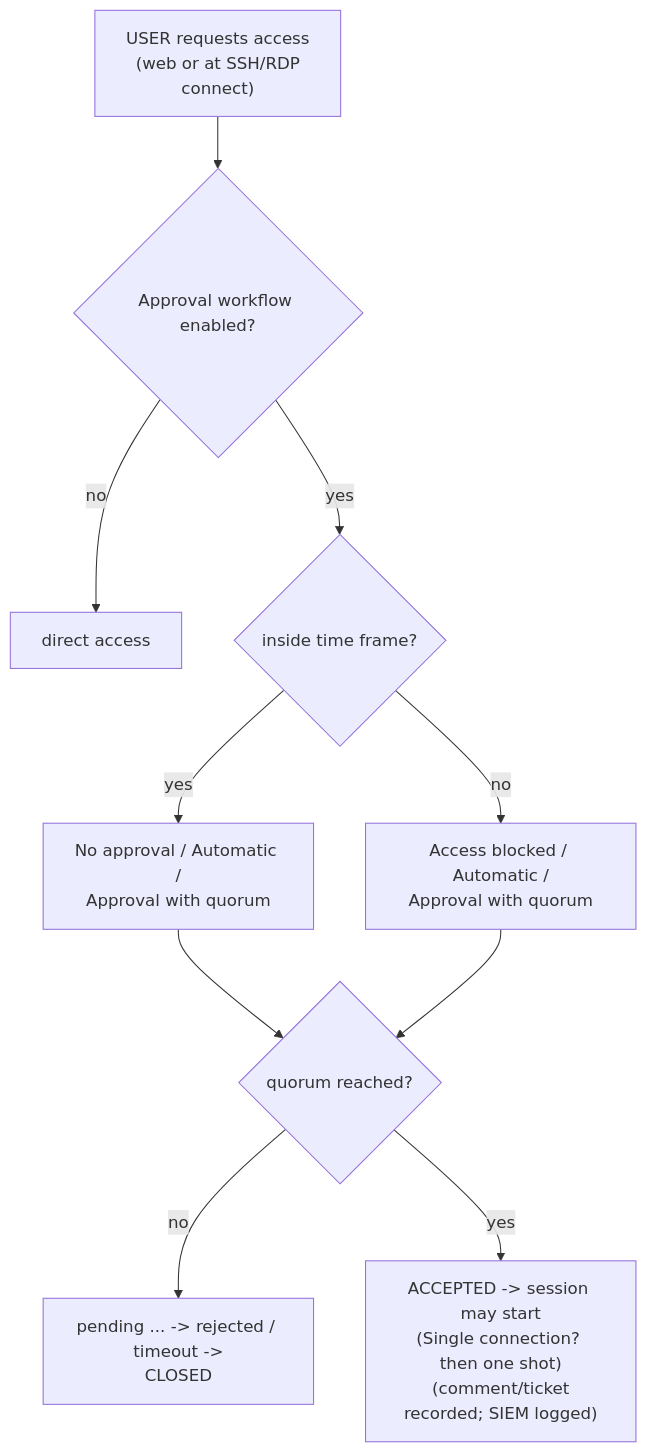
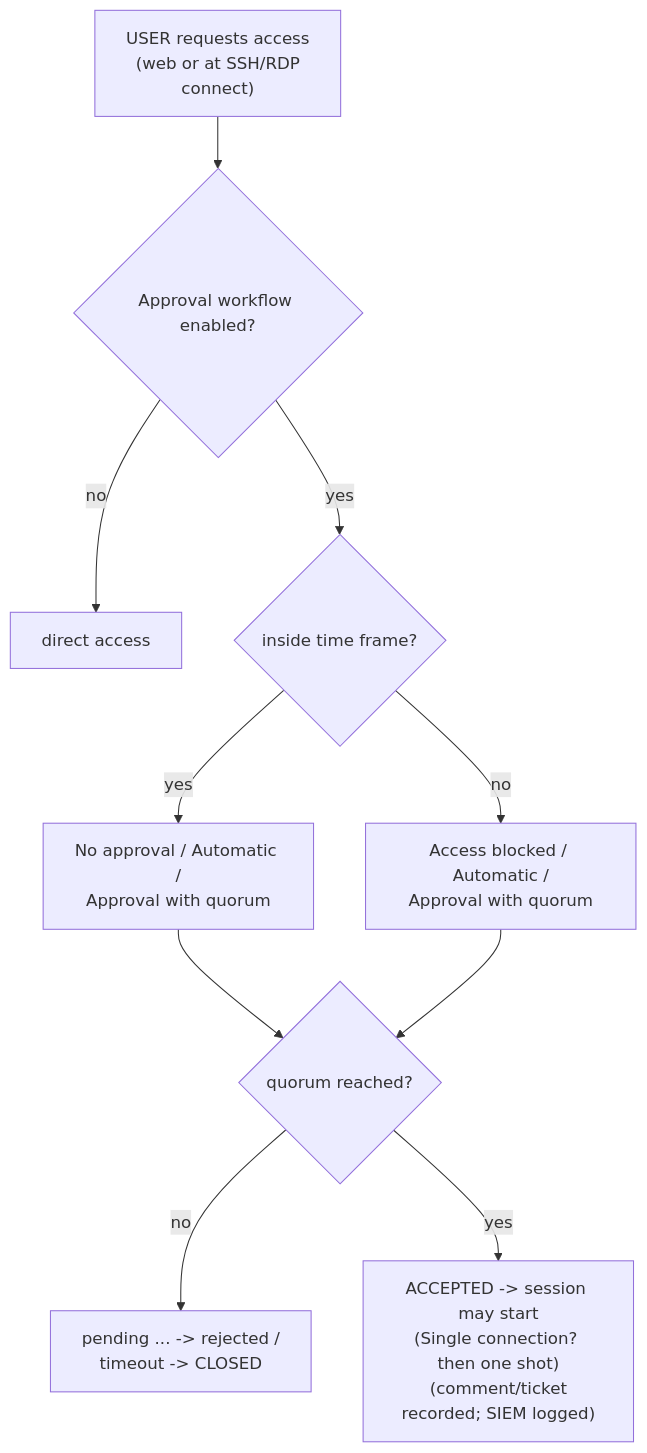
One commit to morandeirachema/WallixCerts changed the fourth of 4 diagrams in certs/wallix/deep-dives/session-management.md. Above: the diagram before and after it, drawn with Mermaid. The commit also changed 8 other files, not shown here.

First line of the commit message:
Quality pass (no new topics): fix Mermaid orphans + harden the anchor checker

````diff
--- a/certs/wallix/deep-dives/session-management.md
+++ b/certs/wallix/deep-dives/session-management.md
@@ -226,12 +226,12 @@
 ```mermaid
 flowchart TD
     Req["USER requests access<br/>(web or at SSH/RDP<br/>connect)"] --> Enabled{"Approval workflow enabled?"}
     Enabled -->|"no"| Direct["direct access"]
     Enabled -->|"yes"| Frame{"inside time frame?"}
     Frame -->|"yes"| Inside["No approval / Automatic /<br/>Approval with quorum"]
     Frame -->|"no"| Outside["Access blocked / Automatic /<br/>Approval with quorum"]
     Inside --> Quorum{"quorum reached?"}
     Outside --> Quorum
-    Quorum -->|"no"| Pending["pending ... -> rejected / timeout -><br/>CLOSED"]
+    Quorum -->|"no"| Pending["pending ... -> rejected /<br/>timeout -> CLOSED"]
     Quorum -->|"yes"| Accepted["ACCEPTED -> session may start<br/>(Single connection? then one shot)<br/>(comment/ticket<br/>recorded; SIEM logged)"]
 ```
````
